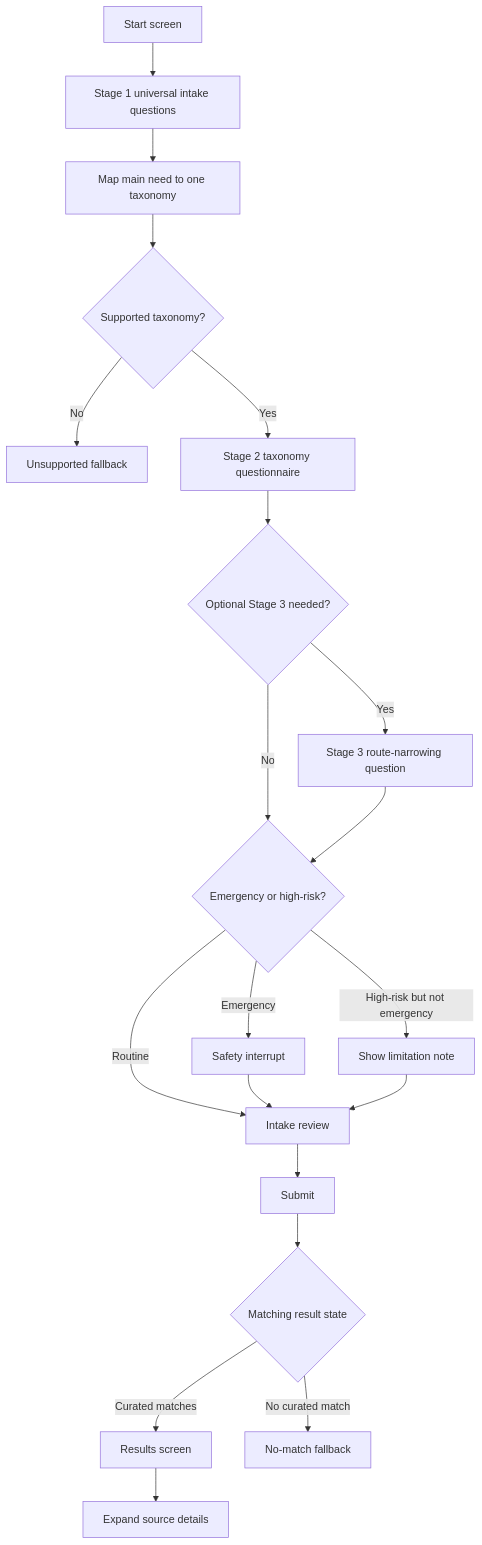
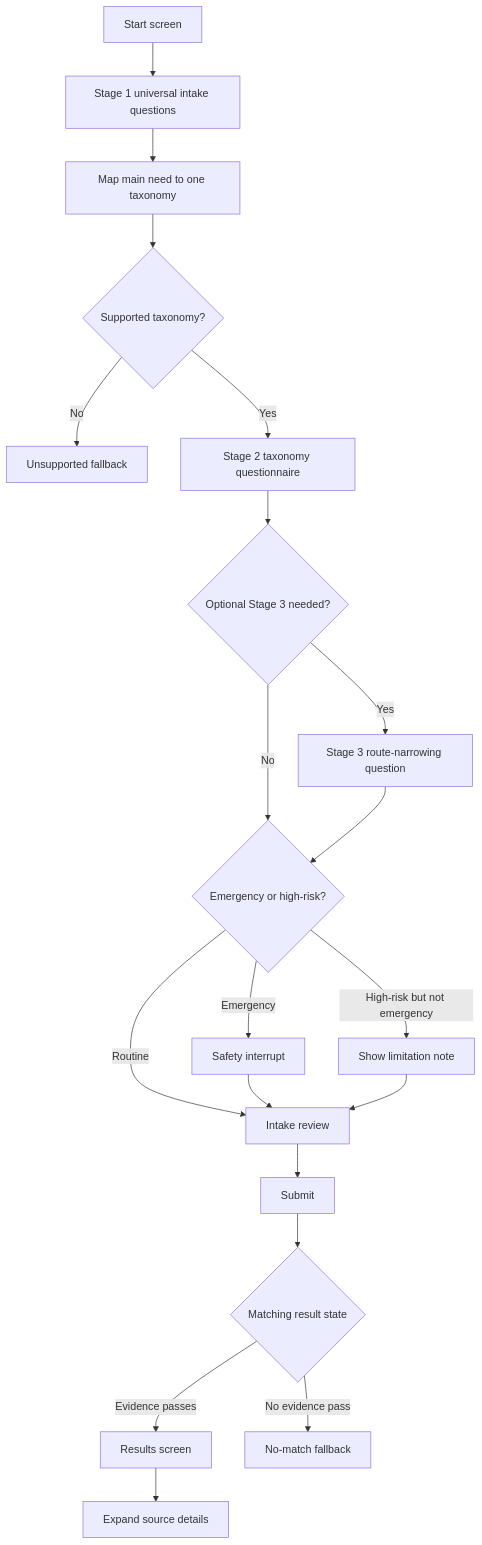
The third of 4 diagrams in docs/project/User-Journey-and-Prototype-Response-Format.md (AbdelazizAhmed314/McGill-Care-Compass), drawn with Mermaid before and after one commit. The commit also changed other lines of this file, not shown here.

````diff
--- a/docs/project/User-Journey-and-Prototype-Response-Format.md
+++ b/docs/project/User-Journey-and-Prototype-Response-Format.md
@@ -646,22 +678,22 @@
 ```mermaid
 flowchart TD
     A[Start screen] --> B[Stage 1 universal intake questions]
     B --> C[Map main need to one taxonomy]
     C --> D{Supported taxonomy?}
     D -->|No| E[Unsupported fallback]
     D -->|Yes| F[Stage 2 taxonomy questionnaire]
     F --> F2{Optional Stage 3 needed?}
     F2 -->|Yes| F3[Stage 3 route-narrowing question]
     F2 -->|No| G{Emergency or high-risk?}
     F3 --> G
     G -->|Emergency| H[Safety interrupt]
     G -->|High-risk but not emergency| I[Show limitation note]
     G -->|Routine| J[Intake review]
     H --> J
     I --> J
     J --> K[Submit]
     K --> L{Matching result state}
-    L -->|Curated matches| M[Results screen]
-    L -->|No curated match| N[No-match fallback]
+    L -->|Evidence passes| M[Results screen]
+    L -->|No evidence pass| N[No-match fallback]
     M --> O[Expand source details]
 ```
````
